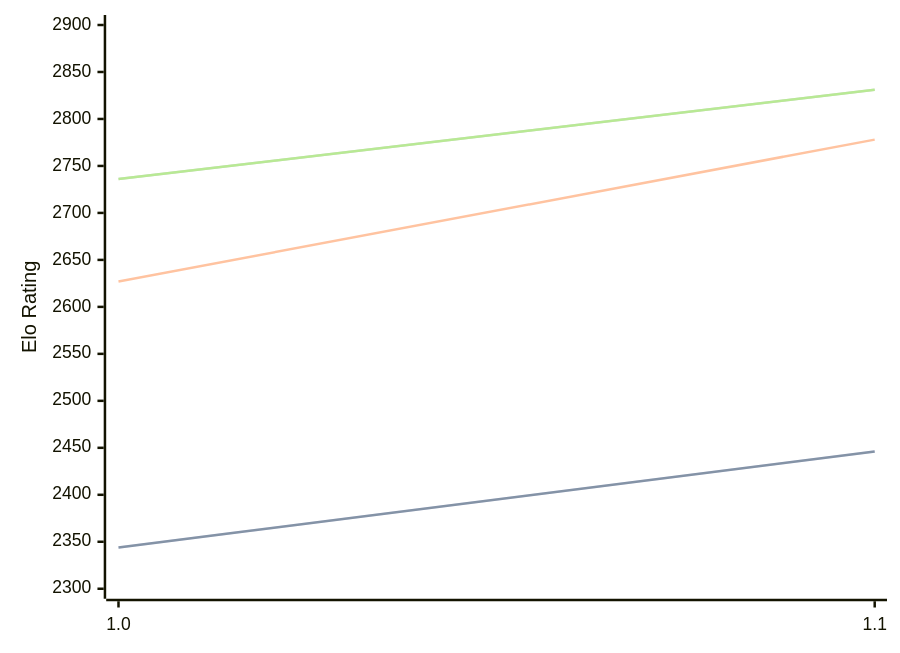
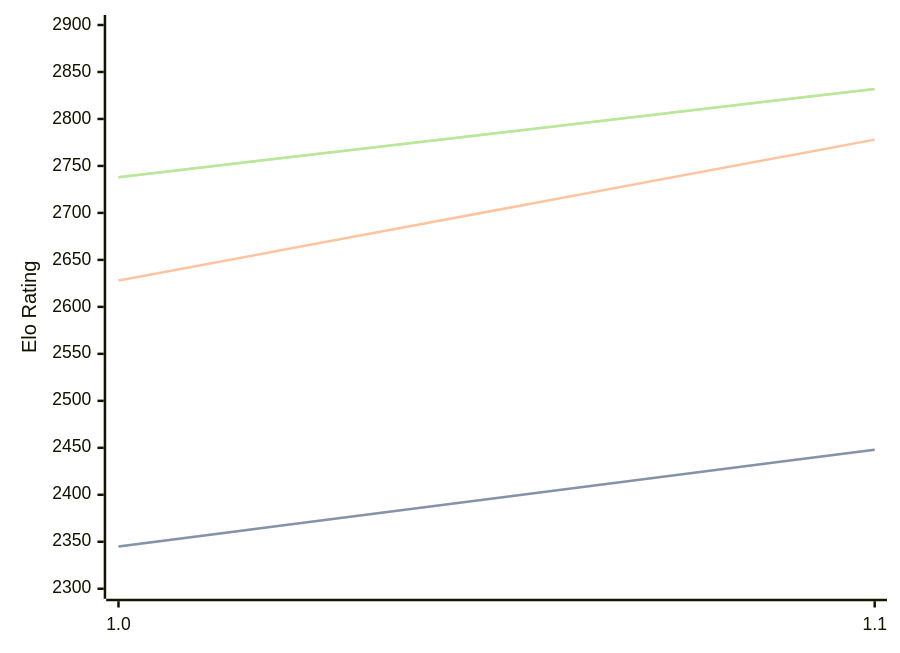
One commit to computer-chess-index/cci changed the diagram in engines/Casanchess.md. Above: the diagram before and after it, drawn with Mermaid. The commit also changed other lines of this file, not shown here.

Commit message:
Update CCI Ratings (ELO VLTC) - 2026-09-07

````diff
--- a/engines/Casanchess.md
+++ b/engines/Casanchess.md
@@ -32,11 +33,11 @@
 ```mermaid
 %%{init: {"theme":"base","themeVariables":{"seriesColors:['#a3a3a3','#222221','#faa371']}}}%%
 xychart-beta
   x-axis ["1.0", "1.1"]
   y-axis "Elo Rating" 2300 --> 2900
-  line "" [2344, 2446]
-  line "STC (8.0+0.08s)" [2344, 2446]
-  line "LTC (60.0+0.60s)" [2627, 2778]
-  line "" [2736, 2831]
-  line "VLTC (2m24s+1.12s)" [2736, 2831]
+  line "" [2345, 2448]
+  line "STC (8.0+0.08s)" [2345, 2448]
+  line "LTC (60.0+0.60s)" [2628, 2778]
+  line "" [2738, 2832]
+  line "VLTC (2m24s+1.12s)" [2738, 2832]
 ```
````
